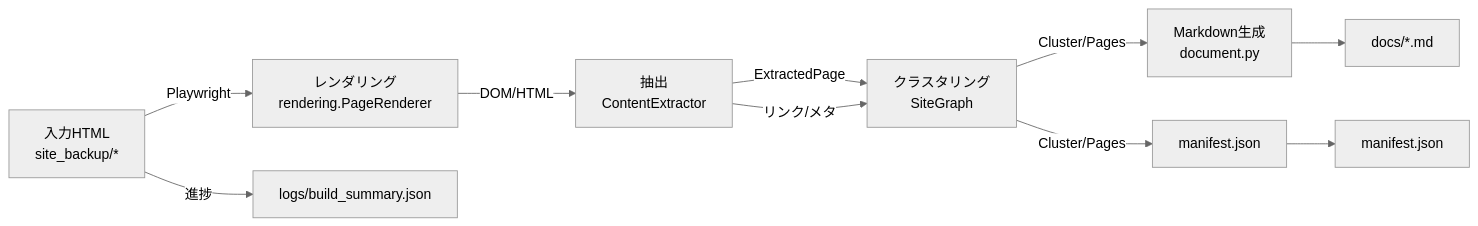
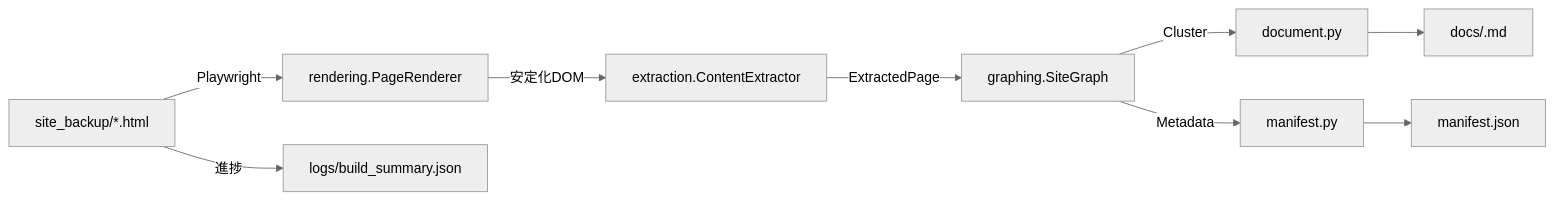
The diagram in README.md (shogo-hs/site2docs), drawn with Mermaid (neutral theme) before and after one commit. The commit also changed other lines of this file and 3 other files, not shown here.

````diff
--- a/README.md
+++ b/README.md
@@ -27,12 +23,11 @@
 ```mermaid
 flowchart LR
-    A[入力HTML<br/>site_backup/*] -->|Playwright| B[レンダリング<br/>rendering.PageRenderer]
-    B -->|DOM/HTML| C[抽出<br/>ContentExtractor]
-    C -->|ExtractedPage| D[クラスタリング<br/>SiteGraph]
-    D -->|Cluster/Pages| E[Markdown生成<br/>document.py]
-    D -->|Cluster/Pages| F[manifest.json]
-    A -->|進捗| G[logs/build_summary.json]
-    C -->|リンク/メタ| D
-    E --> H[docs/*.md]
-    F --> I[manifest.json]
+    A[site_backup/*.html] -->|Playwright| B[rendering.PageRenderer]
+    B -->|安定化DOM| C[extraction.ContentExtractor]
+    C -->|ExtractedPage| D[graphing.SiteGraph]
+    D -->|Cluster| E[document.py]
+    D -->|Metadata| F[manifest.py]
+    E --> G[docs/<slug>.md]
+    F --> H[manifest.json]
+    A -->|進捗| I[logs/build_summary.json]
 ```
````
